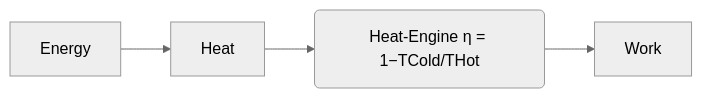
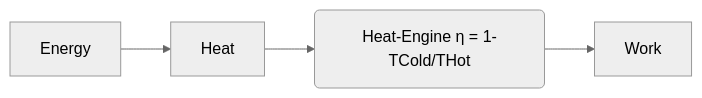
Before and after one commit to SpocWiki/_Standards: the first of 2 diagrams in Technology/Engine/Heat_Engine.md, drawn with Mermaid (neutral theme). The commit also changed other lines of this file and 259 other files, not shown here.

````diff
--- a/Technology/Engine/Heat_Engine.md
+++ b/Technology/Engine/Heat_Engine.md
@@ -192,4 +192,4 @@
 ```mermaid 
 graph LR
-Energy --> Heat --> n(Heat-Engine η = 1−TCold/THot ) --> Work
+Energy --> Heat --> n(Heat-Engine η = 1-TCold/THot ) --> Work
 ```
````
